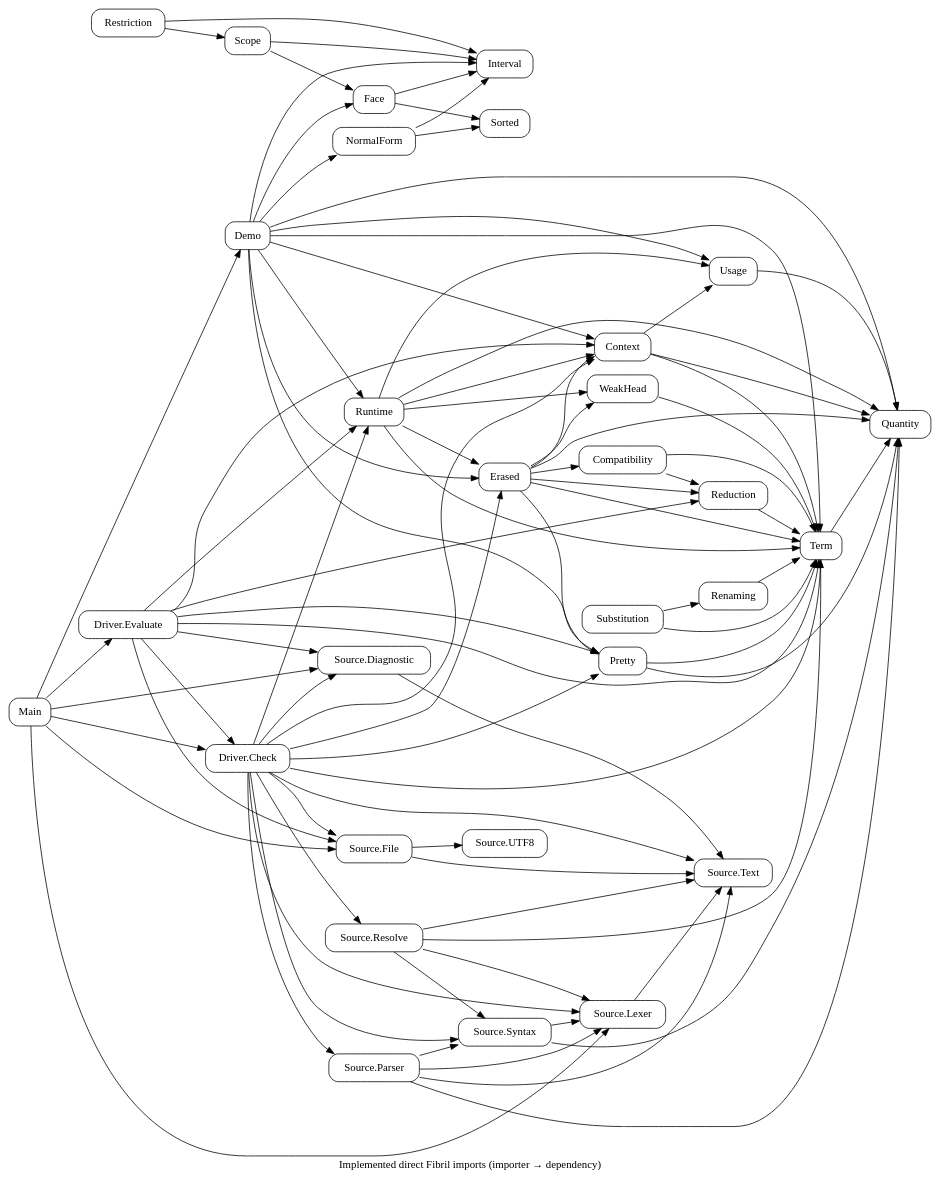
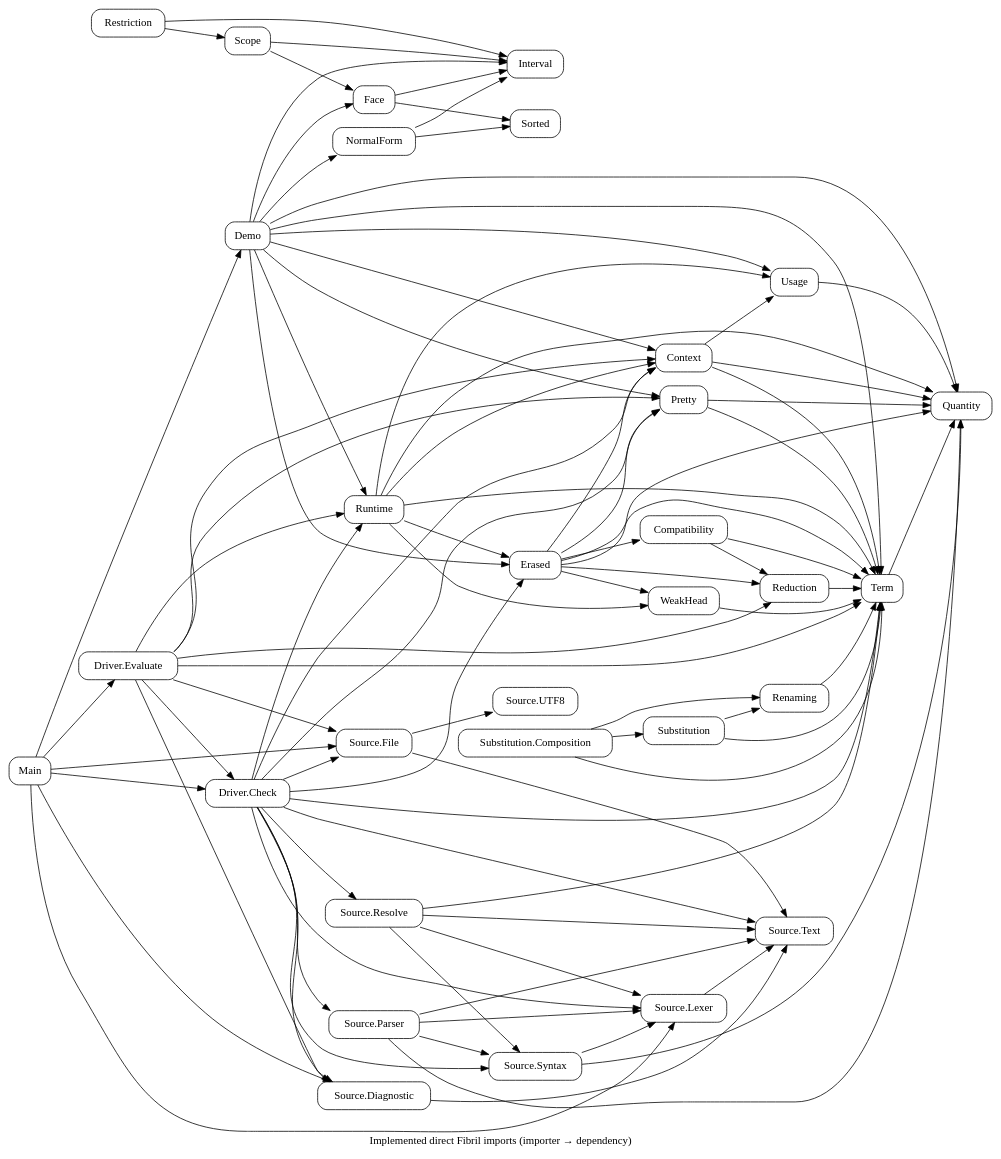
Before and after one commit to odunboye/fibril: the diagram in docs/diagrams/modules.dot, drawn with Graphviz. The commit also changed 18 other files, not shown here.

Commit message:
Prove substitution composition fusion and instantiation weakening laws

```diff
--- a/docs/diagrams/modules.dot
+++ b/docs/diagrams/modules.dot
@@ -1,27 +1,28 @@
 digraph Modules {
 rankdir=LR; node [shape=box,style=rounded];
 "Source.File" -> {"Source.UTF8" "Source.Text"};
 Main -> {"Source.File" "Source.Lexer" "Source.Diagnostic"};
 "Source.Diagnostic" -> "Source.Text";
 "Source.Lexer" -> "Source.Text";
 "Source.Syntax" -> {Quantity "Source.Lexer"};
 "Source.Parser" -> {Quantity "Source.Text" "Source.Lexer" "Source.Syntax"};
 "Source.Resolve" -> {Term "Source.Text" "Source.Lexer" "Source.Syntax"};
 "Driver.Check" -> {"Source.Text" "Source.Lexer" "Source.Syntax" "Source.Parser" "Source.Resolve" "Source.File" "Source.Diagnostic" Term Context Pretty Erased Runtime};
 Main -> {"Driver.Check" "Driver.Evaluate"};
 "Driver.Evaluate" -> {Context Term Pretty Reduction Runtime "Source.File" "Source.Diagnostic" "Driver.Check"};
 Quantity; Interval; NormalForm; Face; Scope; Restriction; Term;
 NormalForm -> {Interval Sorted}; Face -> {Interval Sorted};
 Scope -> {Interval Face}; Restriction -> {Interval Scope};
 Demo -> {Quantity Term Context Usage Pretty Erased Runtime Interval NormalForm Face};
 Main -> Demo;
 Pretty -> {Quantity Term};
 Term -> Quantity; Usage -> Quantity; Context -> {Quantity Term Usage};
 Reduction -> Term; WeakHead -> Term;
 Compatibility -> {Term Reduction};
 Renaming -> Term;
 Substitution -> {Term Renaming};
+"Substitution.Composition" -> {Term Renaming Substitution};
 Erased -> {Quantity Term Pretty Context Compatibility WeakHead Reduction};
 Runtime -> {Quantity Term Context Usage WeakHead Erased};
 label="Implemented direct Fibril imports (importer → dependency)";
 }
```
